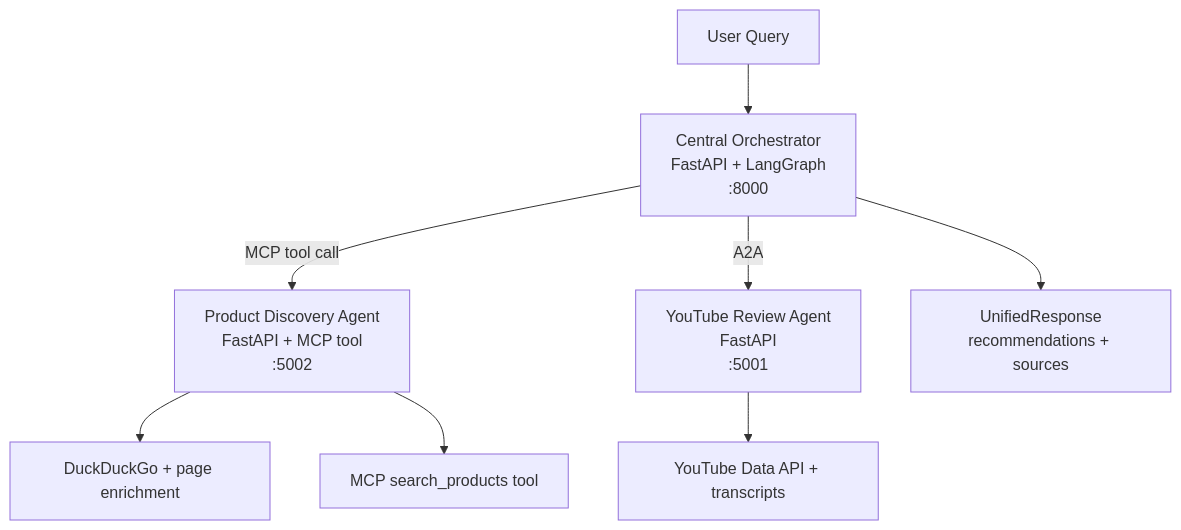
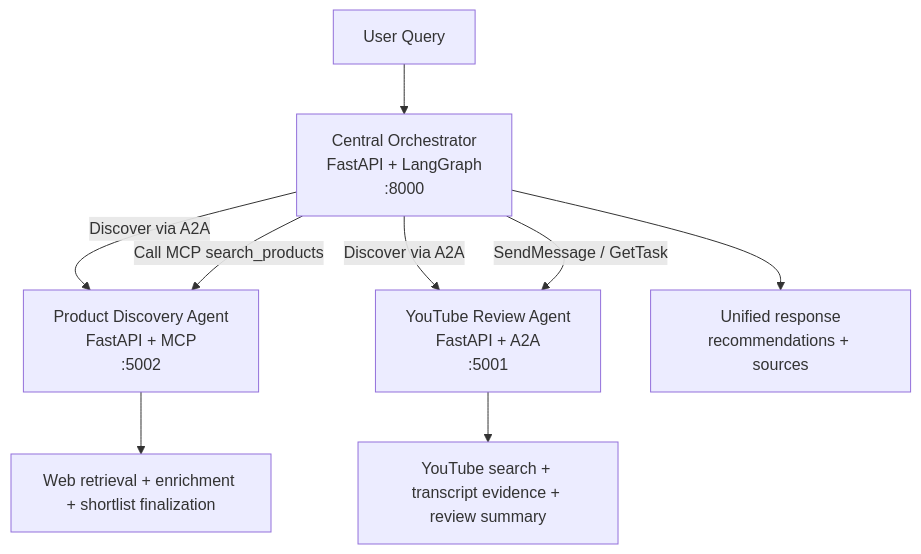
One commit to rpraveen760/Multi-Agent-Shopping-Advisor- changed the diagram in README.md. Above: the diagram before and after it, drawn with Mermaid. The commit also changed other lines of this file and 15 other files, not shown here.

Commit message:
Simplify backend flow and refresh docs

````diff
--- a/README.md
+++ b/README.md
@@ -9,10 +20,11 @@
 ```mermaid
 flowchart TD
     U["User Query"] --> O["Central Orchestrator<br/>FastAPI + LangGraph<br/>:8000"]
-    O -->|MCP tool call| P["Product Discovery Agent<br/>FastAPI + MCP tool<br/>:5002"]
-    O -->|A2A| Y["YouTube Review Agent<br/>FastAPI<br/>:5001"]
-    P --> W["DuckDuckGo + page enrichment"]
-    P --> M["MCP search_products tool"]
-    Y --> T["YouTube Data API + transcripts"]
-    O --> R["UnifiedResponse<br/>recommendations + sources"]
+    O -->|Discover via A2A| P["Product Discovery Agent<br/>FastAPI + MCP<br/>:5002"]
+    O -->|Discover via A2A| Y["YouTube Review Agent<br/>FastAPI + A2A<br/>:5001"]
+    O -->|Call MCP search_products| P
+    O -->|SendMessage / GetTask| Y
+    P --> W["Web retrieval + enrichment + shortlist finalization"]
+    Y --> T["YouTube search + transcript evidence + review summary"]
+    O --> R["Unified response<br/>recommendations + sources"]
 ```
````
